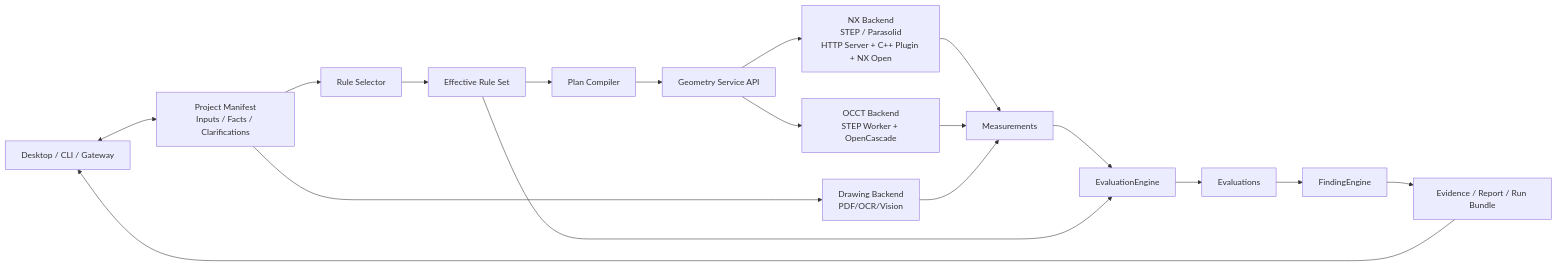
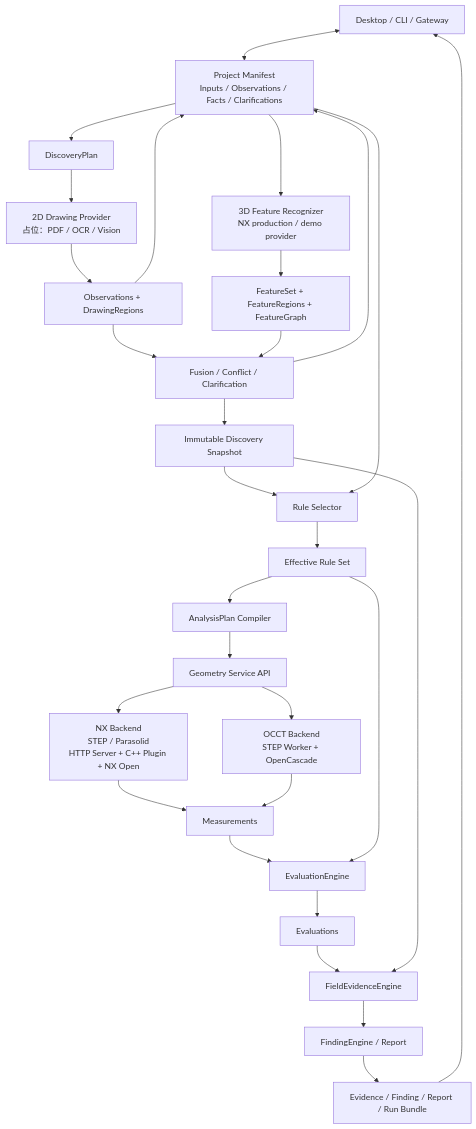
One commit to 1004860611/hermes-agent changed the diagram in docs/plans/2026-07-13-dfm-hermes-agent-development-roadmap.md. Above: the diagram before and after it, drawn with Mermaid. The commit also changed other lines of this file and 74 other files, not shown here.

````diff
--- a/docs/plans/2026-07-13-dfm-hermes-agent-development-roadmap.md
+++ b/docs/plans/2026-07-13-dfm-hermes-agent-development-roadmap.md
@@ -108,26 +117,42 @@
 ```mermaid
-flowchart LR
+flowchart TD
     UI[Desktop / CLI / Gateway]
-    PRJ[Project Manifest<br/>Inputs / Facts / Clarifications]
+    PRJ[Project Manifest<br/>Inputs / Observations / Facts / Clarifications]
+    DP[DiscoveryPlan]
+    D2[2D Drawing Provider<br/>占位：PDF / OCR / Vision]
+    D3[3D Feature Recognizer<br/>NX production / demo provider]
+    OBS[Observations + DrawingRegions]
+    FTR[FeatureSet + FeatureRegions + FeatureGraph]
+    FUS[Fusion / Conflict / Clarification]
+    SNAP[Immutable Discovery Snapshot]
     RS[Rule Selector]
     ER[Effective Rule Set]
-    PC[Plan Compiler]
+    PC[AnalysisPlan Compiler]
     GS[Geometry Service API]
     NX[NX Backend<br/>STEP / Parasolid<br/>HTTP Server + C++ Plugin + NX Open]
     OCC[OCCT Backend<br/>STEP Worker + OpenCascade]
-    DR[Drawing Backend<br/>PDF/OCR/Vision]
     MEAS[Measurements]
     EE[EvaluationEngine]
     EVAL[Evaluations]
-    FE[FindingEngine]
-    OUT[Evidence / Report / Run Bundle]
+    EV[FieldEvidenceEngine]
+    FE[FindingEngine / Report]
+    OUT[Evidence / Finding / Report / Run Bundle]
 
     UI <--> PRJ
+    PRJ --> DP
+    DP --> D2 --> OBS
+    OBS --> PRJ
+    PRJ --> D3 --> FTR
+    OBS --> FUS
+    FTR --> FUS
+    FUS --> PRJ
+    FUS --> SNAP
+    SNAP --> RS
     PRJ --> RS --> ER --> PC
     PC --> GS
     GS --> NX --> MEAS
     GS --> OCC --> MEAS
-    PRJ --> DR --> MEAS
     MEAS --> EE
-    ER --> EE --> EVAL --> FE --> OUT --> UI
+    ER --> EE --> EVAL --> EV --> FE --> OUT --> UI
+    SNAP --> EV
 ```
````
